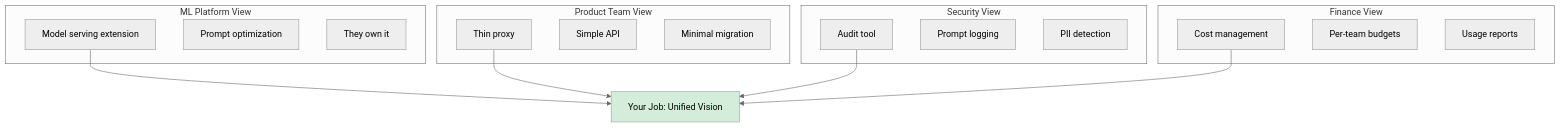
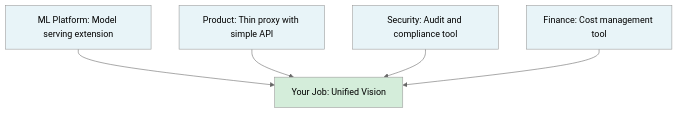
One commit to deepanshululla/deepanshululla.github.io changed the second of 2 diagrams in blogs/staff-engineers-path-explore-before-you-decide.md. Above: the diagram before and after it, drawn with Mermaid (neutral theme). The commit also changed 5 other files, not shown here.

````diff
--- a/blogs/staff-engineers-path-explore-before-you-decide.md
+++ b/blogs/staff-engineers-path-explore-before-you-decide.md
@@ -51,28 +51,12 @@
 ```mermaid
 graph TD
-    subgraph ML Platform View
-        A1[Model serving extension]
-        A2[Prompt optimization]
-        A3[They own it]
-    end
-    subgraph Product Team View
-        B1[Thin proxy]
-        B2[Simple API]
-        B3[Minimal migration]
-    end
-    subgraph Security View
-        C1[Audit tool]
-        C2[Prompt logging]
-        C3[PII detection]
-    end
-    subgraph Finance View
-        D1[Cost management]
-        D2[Per-team budgets]
-        D3[Usage reports]
-    end
-    A1 --> E[Your Job: Unified Vision]
-    B1 --> E
-    C1 --> E
-    D1 --> E
+    A[ML Platform: Model serving extension] --> E[Your Job: Unified Vision]
+    B[Product: Thin proxy with simple API] --> E
+    C[Security: Audit and compliance tool] --> E
+    D[Finance: Cost management tool] --> E
+    style A fill:#e8f4f8
+    style B fill:#e8f4f8
+    style C fill:#e8f4f8
+    style D fill:#e8f4f8
     style E fill:#d4edda
 ```
````
